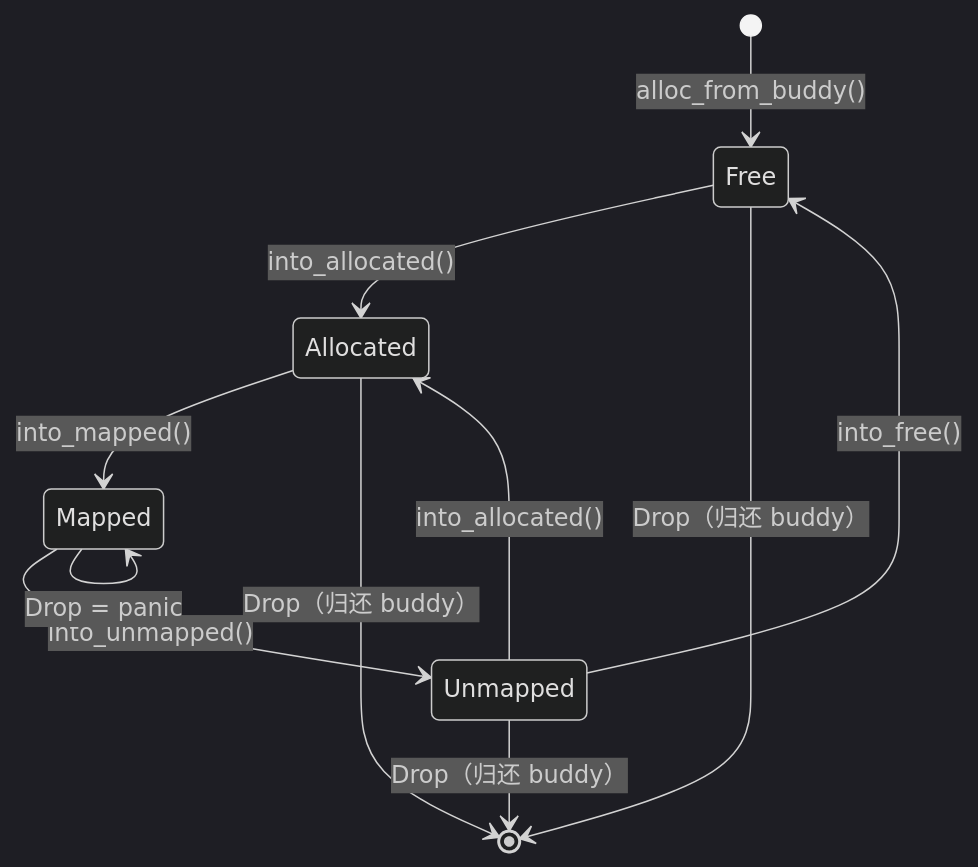
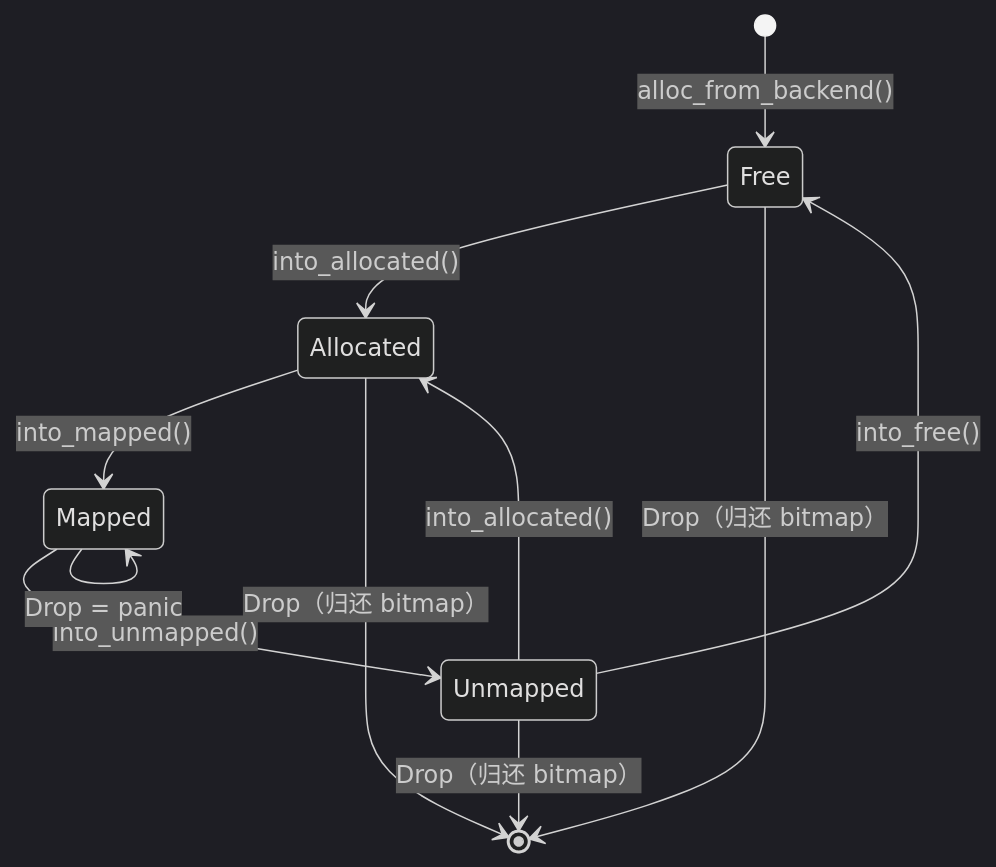
Before and after one commit to MRNIU/SimpleKernel: the diagram in crates/frame_allocator/README.md, drawn with Mermaid (dark theme). The commit also changed other lines of this file and 10 other files, not shown here.

First line of the commit message:
refactor(frame_allocator): 用 bitmap 替换 buddy_system_allocator

````diff
--- a/crates/frame_allocator/README.md
+++ b/crates/frame_allocator/README.md
@@ -36,17 +36,17 @@
 ```mermaid
 stateDiagram-v2
-    [*] --> Free : alloc_from_buddy()
+    [*] --> Free : alloc_from_backend()
     Free --> Allocated : into_allocated()
 
     Allocated --> Mapped : into_mapped()
-    Allocated --> [*] : Drop（归还 buddy）
+    Allocated --> [*] : Drop（归还 bitmap）
 
     Mapped --> Unmapped : into_unmapped()
     Mapped --> Mapped : Drop = panic
 
     Unmapped --> Allocated : into_allocated()
     Unmapped --> Free : into_free()
-    Unmapped --> [*] : Drop（归还 buddy）
+    Unmapped --> [*] : Drop（归还 bitmap）
 
-    Free --> [*] : Drop（归还 buddy）
+    Free --> [*] : Drop（归还 bitmap）
 ```
````
